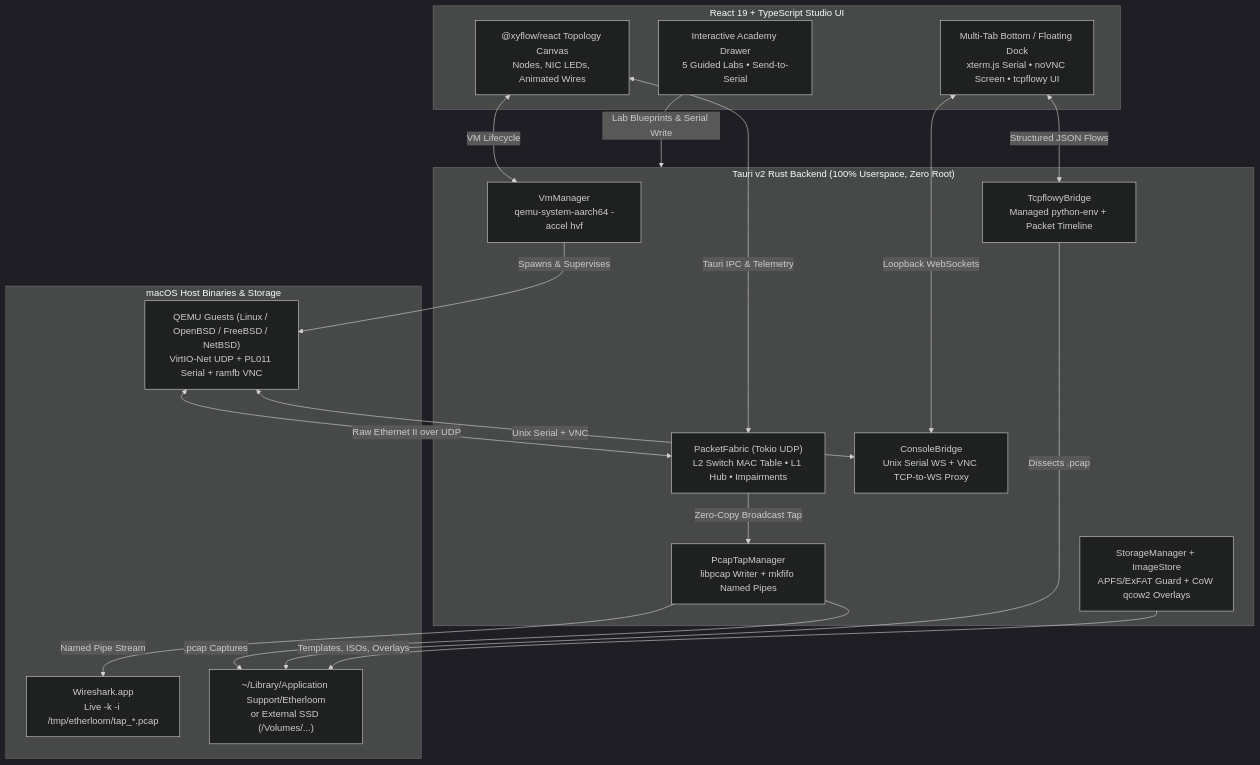
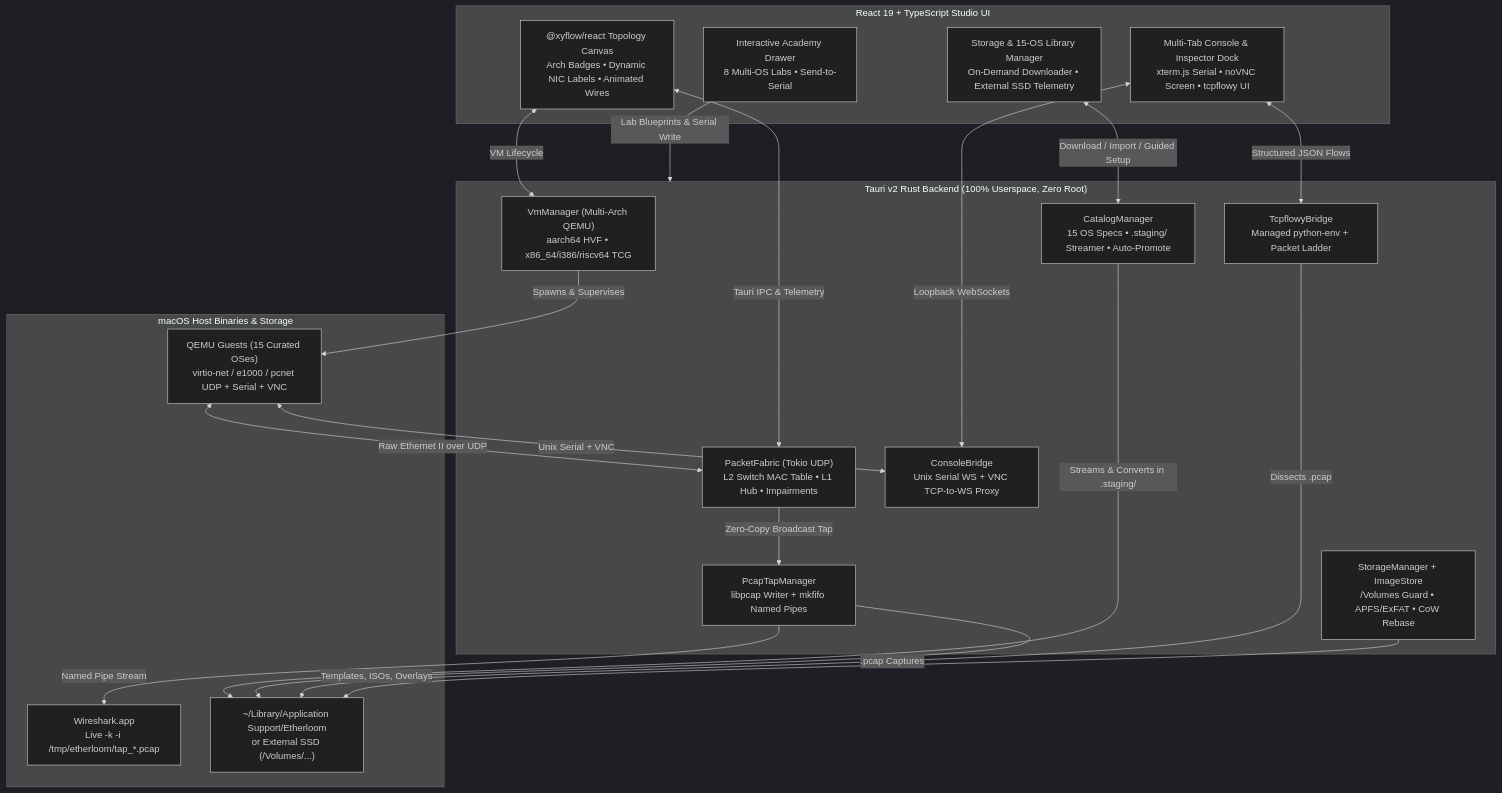
Before and after one commit to diorgulescu/etherloom: the diagram in README.md, drawn with Mermaid (dark theme). The commit also changed other lines of this file and 31 other files, not shown here.

First line of the commit message:
Add multi-arch 15-OS catalog, Labs 06-08, system requirements & contributors

````diff
--- a/README.md
+++ b/README.md
@@ -32,38 +34,42 @@
 ```mermaid
 flowchart TB
   subgraph UI["React 19 + TypeScript Studio UI"]
-    Canvas["@xyflow/react Topology Canvas\nNodes, NIC LEDs, Animated Wires"]
-    Dock["Multi-Tab Bottom / Floating Dock\nxterm.js Serial • noVNC Screen • tcpflowy UI"]
-    AcademyUI["Interactive Academy Drawer\n5 Guided Labs • Send-to-Serial"]
+    Canvas["@xyflow/react Topology Canvas\nArch Badges • Dynamic NIC Labels • Animated Wires"]
+    LibModal["Storage & 15-OS Library Manager\nOn-Demand Downloader • External SSD Telemetry"]
+    Dock["Multi-Tab Console & Inspector Dock\nxterm.js Serial • noVNC Screen • tcpflowy UI"]
+    AcademyUI["Interactive Academy Drawer\n8 Multi-OS Labs • Send-to-Serial"]
   end
 
   subgraph Core["Tauri v2 Rust Backend (100% Userspace, Zero Root)"]
-    Supervisor["VmManager\nqemu-system-aarch64 -accel hvf"]
+    Supervisor["VmManager (Multi-Arch QEMU)\naarch64 HVF • x86_64/i386/riscv64 TCG"]
+    Catalog["CatalogManager\n15 OS Specs • .staging/ Streamer • Auto-Promote"]
     Fabric["PacketFabric (Tokio UDP)\nL2 Switch MAC Table • L1 Hub • Impairments"]
     Bridges["ConsoleBridge\nUnix Serial WS + VNC TCP-to-WS Proxy"]
     Tap["PcapTapManager\nlibpcap Writer + mkfifo Named Pipes"]
-    PyBridge["TcpflowyBridge\nManaged python-env + Packet Timeline"]
-    Store["StorageManager + ImageStore\nAPFS/ExFAT Guard + CoW qcow2 Overlays"]
+    PyBridge["TcpflowyBridge\nManaged python-env + Packet Ladder"]
+    Store["StorageManager + ImageStore\n/Volumes Guard • APFS/ExFAT • CoW Rebase"]
   end
 
   subgraph Host["macOS Host Binaries & Storage"]
-    QEMU["QEMU Guests (Linux / OpenBSD / FreeBSD / NetBSD)\nVirtIO-Net UDP + PL011 Serial + ramfb VNC"]
+    QEMU["QEMU Guests (15 Curated OSes)\nvirtio-net / e1000 / pcnet UDP + Serial + VNC"]
     WS["Wireshark.app\nLive -k -i /tmp/etherloom/tap_*.pcap"]
     Disk["~/Library/Application Support/Etherloom\nor External SSD (/Volumes/...)"]
   end
 
   Canvas <-->|Tauri IPC & Telemetry| Fabric
   Canvas <-->|VM Lifecycle| Supervisor
+  LibModal <-->|Download / Import / Guided Setup| Catalog
   AcademyUI -->|Lab Blueprints & Serial Write| Core
   Dock <-->|Loopback WebSockets| Bridges
   Dock <-->|Structured JSON Flows| PyBridge
 
+  Catalog -->|Streams & Converts in .staging/| Disk
   Supervisor -->|Spawns & Supervises| QEMU
   QEMU <-->|Raw Ethernet II over UDP| Fabric
   QEMU <-->|Unix Serial + VNC| Bridges
   Fabric -->|Zero-Copy Broadcast Tap| Tap
   Tap -->|Named Pipe Stream| WS
   Tap -->|.pcap Captures| Disk
   PyBridge -->|Dissects .pcap| Disk
   Store -->|Templates, ISOs, Overlays| Disk
 ```
````
